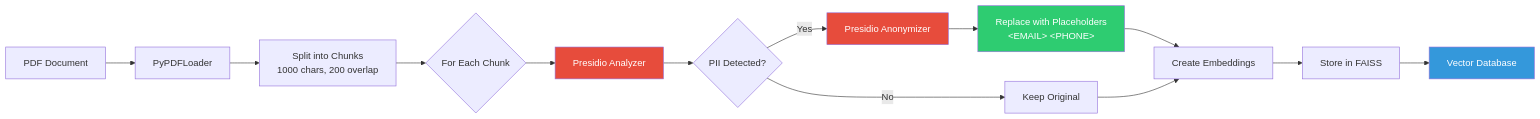
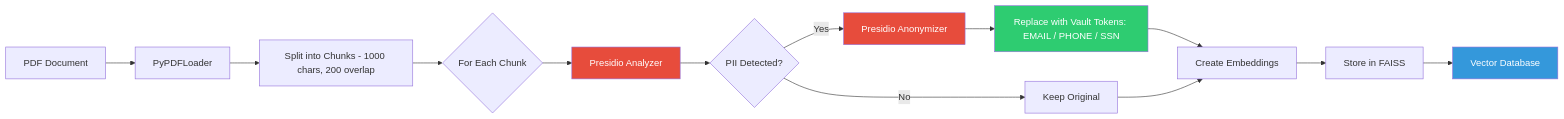
The fifth of 12 diagrams in documentation/ARCHITECTURE_DIAGRAMS.md (Tpg1993/text2sqlagent), drawn with Mermaid before and after one commit. The commit also changed other lines of this file and 2 other files, not shown here.

````diff
--- a/documentation/ARCHITECTURE_DIAGRAMS.md
+++ b/documentation/ARCHITECTURE_DIAGRAMS.md
@@ -132,24 +133,26 @@
 ```mermaid
 flowchart LR
     A[PDF Document] --> B[PyPDFLoader]
-    B --> C[Split into Chunks<br/>1000 chars, 200 overlap]
+    B --> C["Split into Chunks - 1000 chars, 200 overlap"]
+
     C --> D{For Each Chunk}
     
     D --> E[Presidio Analyzer]
     E --> F{PII Detected?}
     
     F -->|Yes| G[Presidio Anonymizer]
     F -->|No| H[Keep Original]
     
-    G --> I[Replace with Placeholders<br/>&lt;EMAIL&gt; &lt;PHONE&gt;]
+    G --> I["Replace with Vault Tokens: EMAIL / PHONE / SSN"]
+
     I --> J[Create Embeddings]
     H --> J
     
     J --> K[Store in FAISS]
     K --> L[Vector Database]
     
     style E fill:#E74C3C,color:#fff
     style G fill:#E74C3C,color:#fff
     style I fill:#2ECC71,color:#fff
     style L fill:#3498DB,color:#fff
 ```
````
